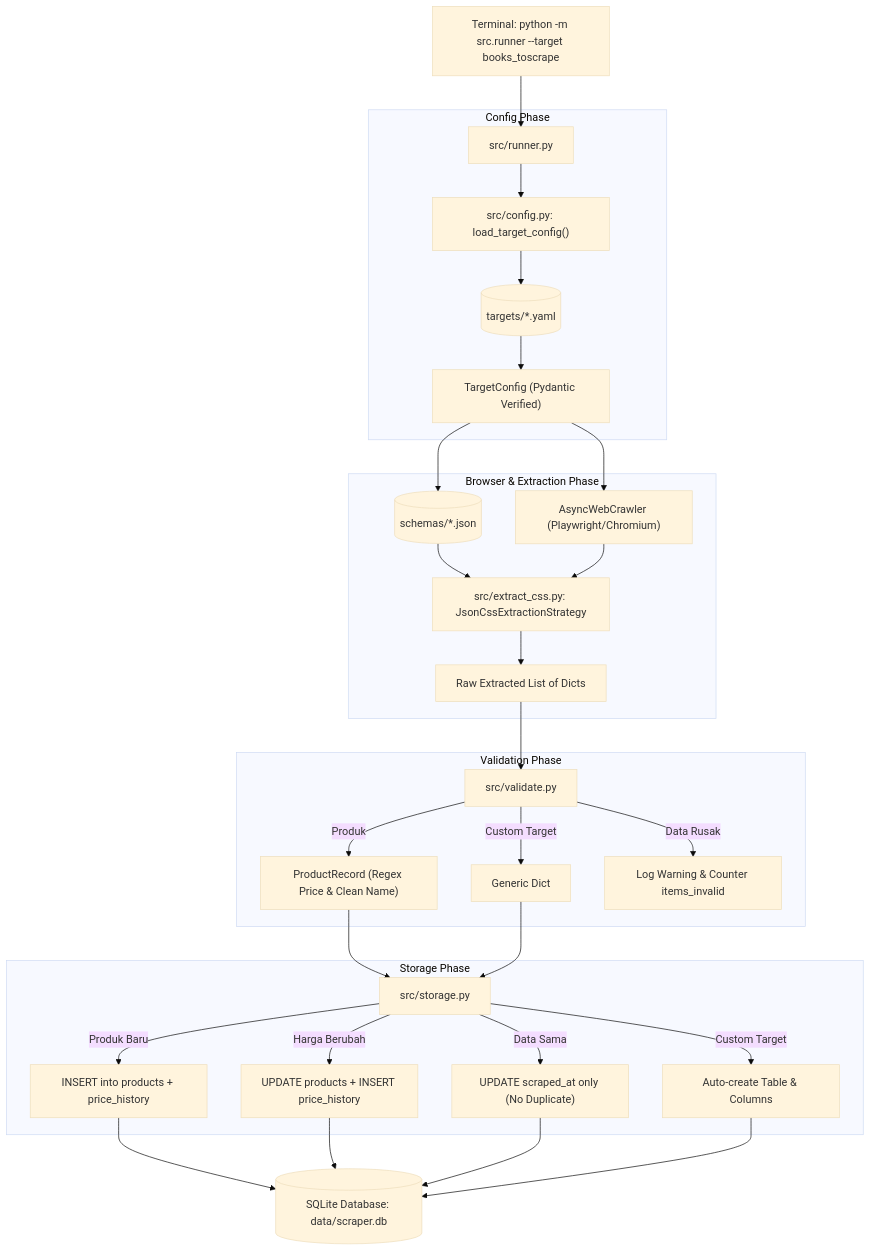
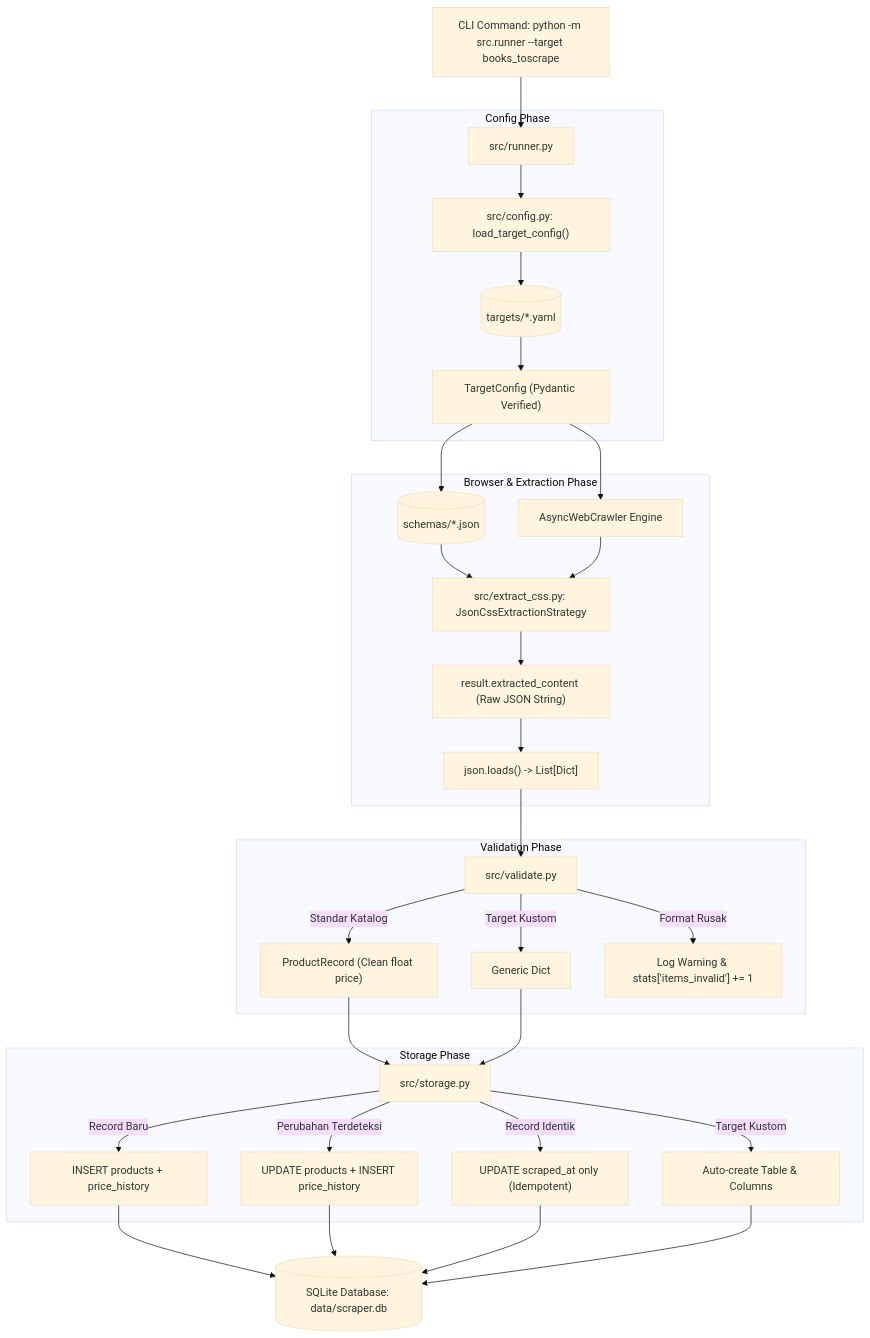
The first of 2 diagrams in scrape_understanding.md (fahruulc/Crawl4AI-Web-Scraper-basic), drawn with Mermaid (base theme) before and after one commit. The commit also changed other lines of this file, not shown here.

````diff
--- a/scrape_understanding.md
+++ b/scrape_understanding.md
@@ -229,39 +400,40 @@
 ```mermaid
 flowchart TD
-    CLI["Terminal: python -m src.runner --target books_toscrape"] --> Runner["src/runner.py"]
+    CLI["CLI Command: python -m src.runner --target books_toscrape"] --> Runner["src/runner.py"]
     
     subgraph Config Phase
         Runner --> LoadConfig["src/config.py: load_target_config()"]
         LoadConfig --> TargetYAML[("targets/*.yaml")]
         TargetYAML --> ValidConfig["TargetConfig (Pydantic Verified)"]
     end
     
     subgraph Browser & Extraction Phase
-        ValidConfig --> Crawler["AsyncWebCrawler (Playwright/Chromium)"]
+        ValidConfig --> Crawler["AsyncWebCrawler Engine"]
         ValidConfig --> SchemaJSON[("schemas/*.json")]
         SchemaJSON --> ExtractCSS["src/extract_css.py: JsonCssExtractionStrategy"]
         Crawler --> ExtractCSS
-        ExtractCSS --> RawJSON["Raw Extracted List of Dicts"]
+        ExtractCSS --> RawJSON["result.extracted_content (Raw JSON String)"]
+        RawJSON --> JSONLoads["json.loads() -> List[Dict]"]
     end
     
     subgraph Validation Phase
-        RawJSON --> Validator["src/validate.py"]
-        Validator -->|Produk| CleanRecord["ProductRecord (Regex Price & Clean Name)"]
-        Validator -->|Custom Target| CleanGeneric["Generic Dict"]
-        Validator -->|Data Rusak| RejectLog["Log Warning & Counter items_invalid"]
+        JSONLoads --> Validator["src/validate.py"]
+        Validator -->|Standar Katalog| CleanRecord["ProductRecord (Clean float price)"]
+        Validator -->|Target Kustom| CleanGeneric["Generic Dict"]
+        Validator -->|Format Rusak| RejectLog["Log Warning & stats['items_invalid'] += 1"]
     end
     
     subgraph Storage Phase
         CleanRecord --> Storage["src/storage.py"]
         CleanGeneric --> Storage
-        Storage -->|Produk Baru| InsertProd["INSERT into products + price_history"]
-        Storage -->|Harga Berubah| UpdateProd["UPDATE products + INSERT price_history"]
-        Storage -->|Data Sama| TouchProd["UPDATE scraped_at only (No Duplicate)"]
-        Storage -->|Custom Target| DynTable["Auto-create Table & Columns"]
+        Storage -->|Record Baru| InsertProd["INSERT products + price_history"]
+        Storage -->|Perubahan Terdeteksi| UpdateProd["UPDATE products + INSERT price_history"]
+        Storage -->|Record Identik| TouchProd["UPDATE scraped_at only (Idempotent)"]
+        Storage -->|Target Kustom| DynTable["Auto-create Table & Columns"]
     end
     
     InsertProd --> DB[("SQLite Database: data/scraper.db")]
     UpdateProd --> DB
     TouchProd --> DB
     DynTable --> DB
 ```
````
